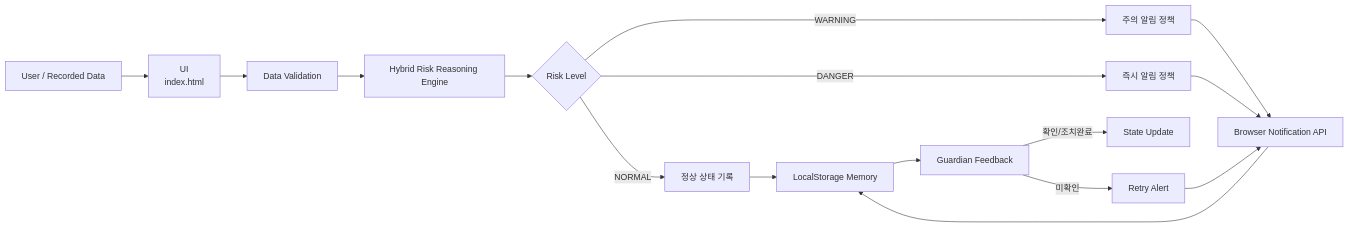
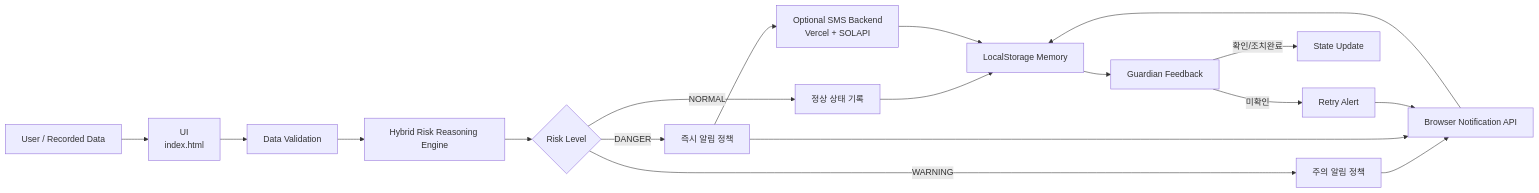
The diagram in docs/ARCHITECTURE.md (jinkhanphd/silverguard-ai-agent), drawn with Mermaid before and after one commit. The commit also changed other lines of this file, not shown here.

Commit message:
Update architecture for optional SMS backend

````diff
--- a/docs/ARCHITECTURE.md
+++ b/docs/ARCHITECTURE.md
@@ -21,18 +21,20 @@
 ```mermaid
 flowchart LR
     A[User / Recorded Data] --> B[UI<br/>index.html]
     B --> C[Data Validation]
     C --> D[Hybrid Risk Reasoning Engine]
     D --> E{Risk Level}
     E -->|NORMAL| F[정상 상태 기록]
     E -->|WARNING| G[주의 알림 정책]
     E -->|DANGER| H[즉시 알림 정책]
     G --> I[Browser Notification API]
     H --> I
+    H --> S[Optional SMS Backend<br/>Vercel + SOLAPI]
     F --> J[LocalStorage Memory]
     I --> J
+    S --> J
     J --> K[Guardian Feedback]
     K -->|확인/조치완료| L[State Update]
     K -->|미확인| M[Retry Alert]
     M --> I
 ```
````
